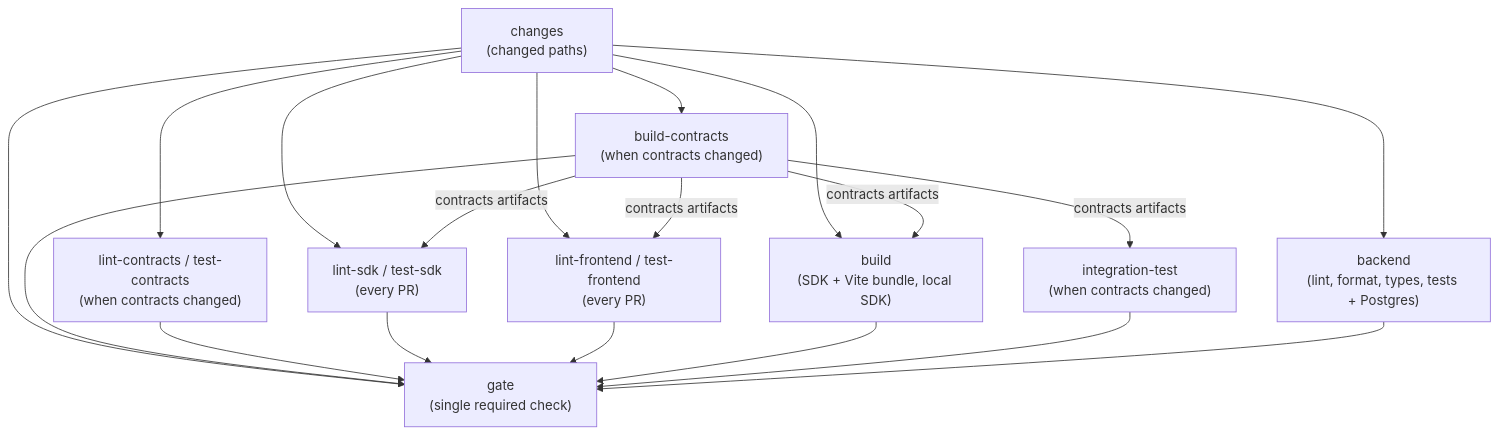
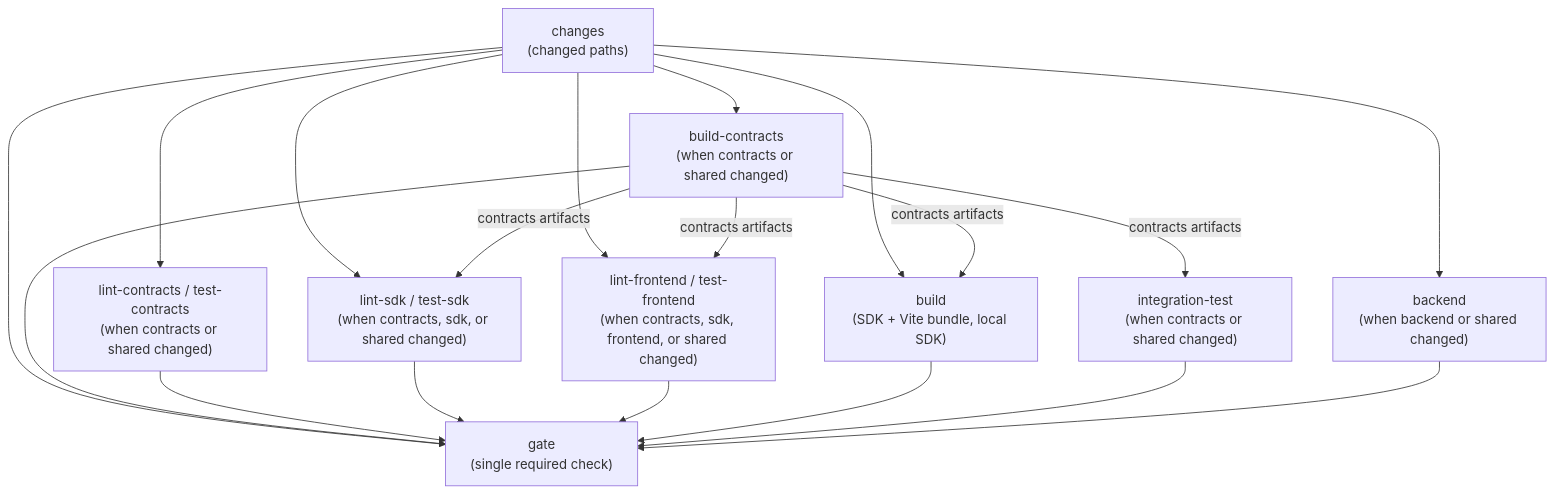
The diagram in docs/ci.md (kasakame/kasakame), drawn with Mermaid before and after one commit. The commit also changed other lines of this file and 2 other files, not shown here.

````diff
--- a/docs/ci.md
+++ b/docs/ci.md
@@ -46,31 +49,31 @@
 ```mermaid
 flowchart TD
     changes["changes<br/>(changed paths)"]
-    buildc["build-contracts<br/>(when contracts changed)"]
-    contracts["lint-contracts / test-contracts<br/>(when contracts changed)"]
-    sdk["lint-sdk / test-sdk<br/>(every PR)"]
-    frontend["lint-frontend / test-frontend<br/>(every PR)"]
+    buildc["build-contracts<br/>(when contracts or shared changed)"]
+    contracts["lint-contracts / test-contracts<br/>(when contracts or shared changed)"]
+    sdk["lint-sdk / test-sdk<br/>(when contracts, sdk, or shared changed)"]
+    frontend["lint-frontend / test-frontend<br/>(when contracts, sdk, frontend, or shared changed)"]
     build["build<br/>(SDK + Vite bundle, local SDK)"]
-    integration["integration-test<br/>(when contracts changed)"]
-    backend["backend<br/>(lint, format, types, tests + Postgres)"]
+    integration["integration-test<br/>(when contracts or shared changed)"]
+    backend["backend<br/>(when backend or shared changed)"]
     gate["gate<br/>(single required check)"]
 
     changes --> buildc
     changes --> contracts
     changes --> sdk
     changes --> frontend
     changes --> build
     changes --> backend
     buildc -->|"contracts artifacts"| sdk
     buildc -->|"contracts artifacts"| frontend
     buildc -->|"contracts artifacts"| build
     buildc -->|"contracts artifacts"| integration
     changes --> gate
     buildc --> gate
     contracts --> gate
     sdk --> gate
     frontend --> gate
     build --> gate
     integration --> gate
     backend --> gate
 ```
````
